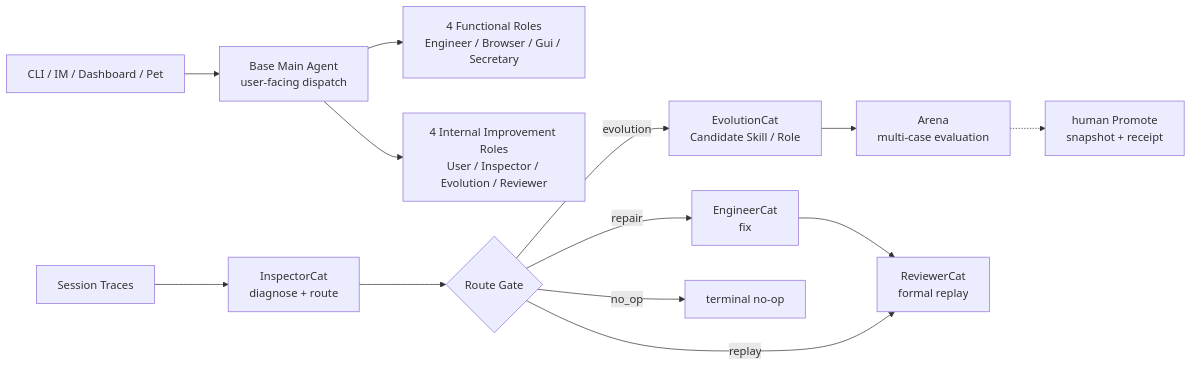
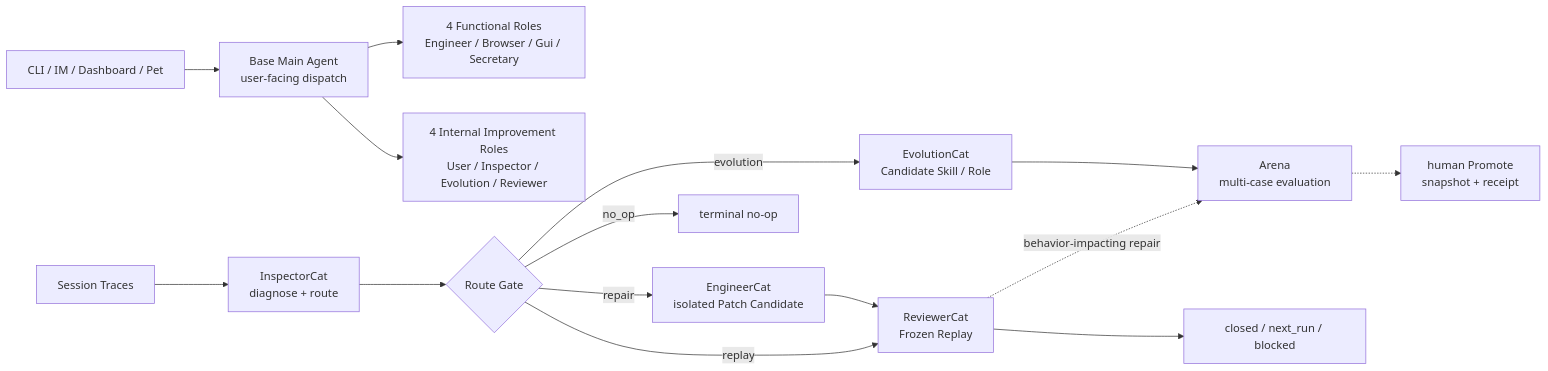
Before and after one commit to fightheyyy/XiaoBa-CLI: the first of 2 diagrams in docs/roles-skills/SPEC.md, drawn with Mermaid. The commit also changed other lines of this file and 24 other files, not shown here.

````diff
--- a/docs/roles-skills/SPEC.md
+++ b/docs/roles-skills/SPEC.md
@@ -36,16 +36,18 @@
 ```mermaid
 flowchart LR
     Surface["CLI / IM / Dashboard / Pet"] --> Base["Base Main Agent<br/>user-facing dispatch"]
     Base --> Functional["4 Functional Roles<br/>Engineer / Browser / Gui / Secretary"]
     Base --> Internal["4 Internal Improvement Roles<br/>User / Inspector / Evolution / Reviewer"]
 
     Traces["Session Traces"] --> Inspector["InspectorCat<br/>diagnose + route"]
     Inspector --> Gate{"Route Gate"}
     Gate -->|evolution| Evolution["EvolutionCat<br/>Candidate Skill / Role"]
     Evolution --> Arena["Arena<br/>multi-case evaluation"]
     Arena -.-> Promote["human Promote<br/>snapshot + receipt"]
-    Gate -->|repair| Engineer["EngineerCat<br/>fix"]
-    Engineer --> Reviewer["ReviewerCat<br/>formal replay"]
+    Gate -->|repair| Engineer["EngineerCat<br/>isolated Patch Candidate"]
+    Engineer --> Reviewer["ReviewerCat<br/>Frozen Replay"]
+    Reviewer -. "behavior-impacting repair" .-> Arena
+    Reviewer --> ReviewEnd["closed / next_run / blocked"]
     Gate -->|replay| Reviewer
     Gate -->|no_op| NoOp["terminal no-op"]
 ```
````
